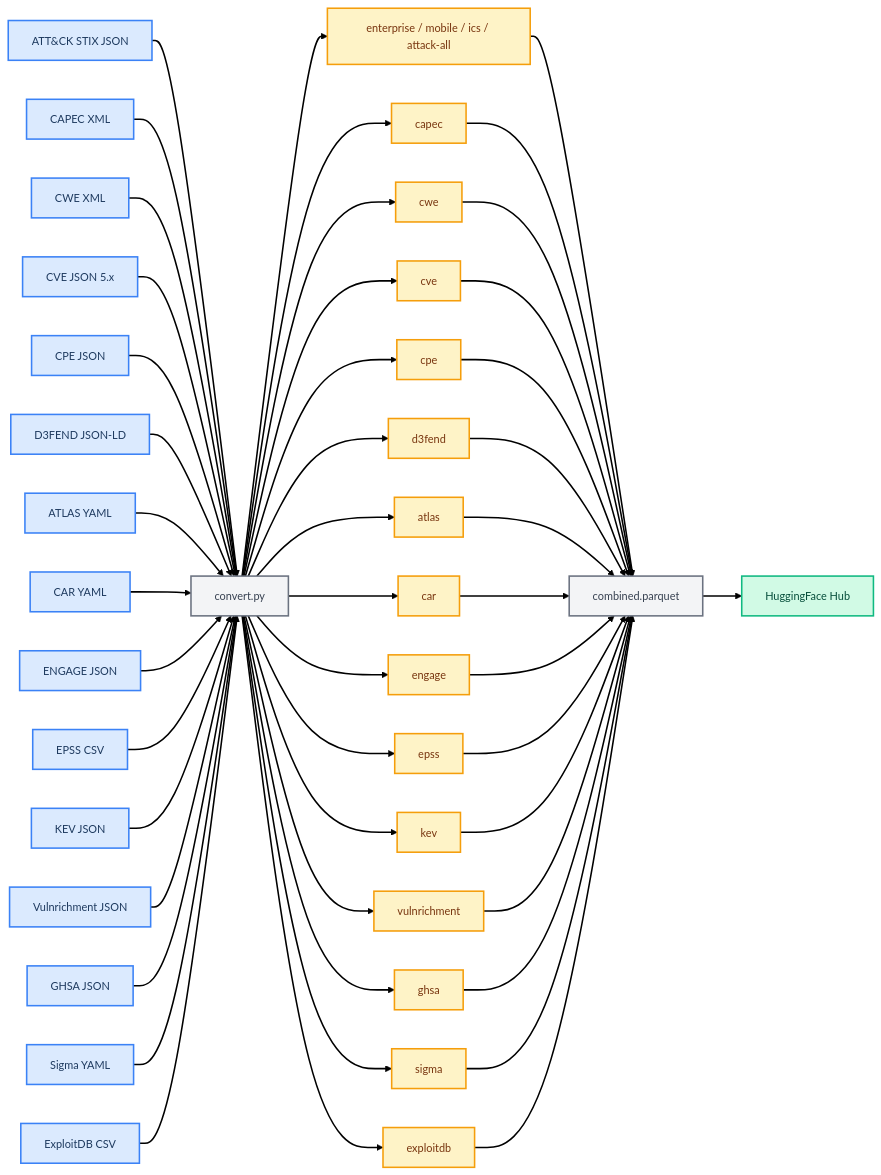
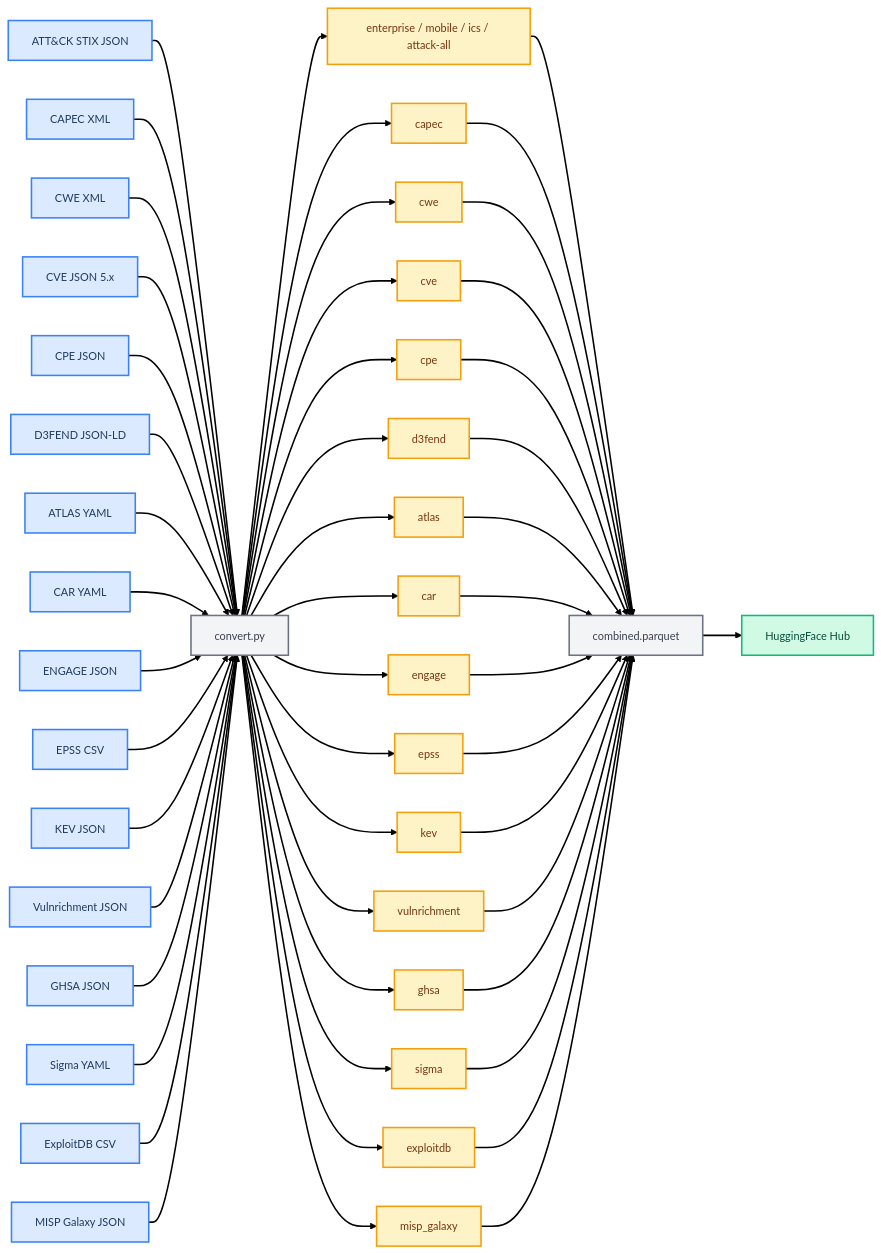
Before and after one commit to S0UGATA/mitre-attack-kg: the first of 2 diagrams in README.md, drawn with Mermaid. The commit also changed other lines of this file and 12 other files, not shown here.

Commit message:
Add MISP Galaxy support and update related files for integration

````diff
--- a/README.md
+++ b/README.md
@@ -15,46 +15,48 @@
 ```mermaid
 ---
 config:
   layout: dagre
   theme: neo
 ---
 flowchart LR
     STIX["ATT&CK STIX JSON"]:::src --> CONV["convert.py"]:::conv
     CXML["CAPEC XML"]:::src --> CONV
     WXML["CWE XML"]:::src --> CONV
     CVEJ["CVE JSON 5.x"]:::src --> CONV
     CPEJ["CPE JSON"]:::src --> CONV
     D3FJ["D3FEND JSON-LD"]:::src --> CONV
     ATLY["ATLAS YAML"]:::src --> CONV
     CARY["CAR YAML"]:::src --> CONV
     ENGJ["ENGAGE JSON"]:::src --> CONV
     EPSC["EPSS CSV"]:::src --> CONV
     KEVJ["KEV JSON"]:::src --> CONV
     VULJ["Vulnrichment JSON"]:::src --> CONV
     GHSJ["GHSA JSON"]:::src --> CONV
     SIGY["Sigma YAML"]:::src --> CONV
     EDBC["ExploitDB CSV"]:::src --> CONV
+    MSPJ["MISP Galaxy JSON"]:::src --> CONV
 
     CONV --> ATK["enterprise / mobile / ics / attack-all"]:::out --> CMB["combined.parquet"]:::conv
     CONV --> CAP["capec"]:::out --> CMB
     CONV --> CW["cwe"]:::out --> CMB
     CONV --> CVE["cve"]:::out --> CMB
     CONV --> CPE["cpe"]:::out --> CMB
     CONV --> D3F["d3fend"]:::out --> CMB
     CONV --> ATL["atlas"]:::out --> CMB
     CONV --> CAR["car"]:::out --> CMB
     CONV --> ENG["engage"]:::out --> CMB
     CONV --> EPS["epss"]:::out --> CMB
     CONV --> KEV["kev"]:::out --> CMB
     CONV --> VUL["vulnrichment"]:::out --> CMB
     CONV --> GHS["ghsa"]:::out --> CMB
     CONV --> SIG["sigma"]:::out --> CMB
     CONV --> EDB["exploitdb"]:::out --> CMB
+    CONV --> MSG["misp_galaxy"]:::out --> CMB
 
     CMB --> HF["HuggingFace Hub"]:::hf
 
     classDef src fill:#dbeafe,stroke:#3b82f6,color:#1e3a5f
     classDef conv fill:#f3f4f6,stroke:#6b7280,color:#374151
     classDef out fill:#fef3c7,stroke:#f59e0b,color:#78350f
     classDef hf fill:#d1fae5,stroke:#10b981,color:#064e3b
 ```
````
